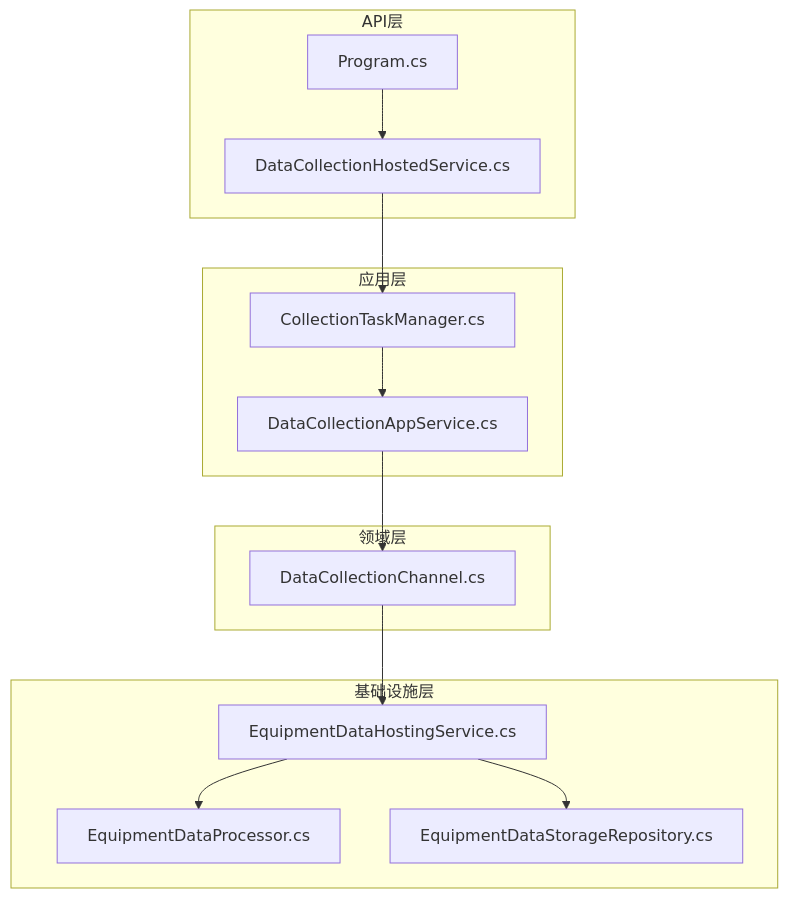
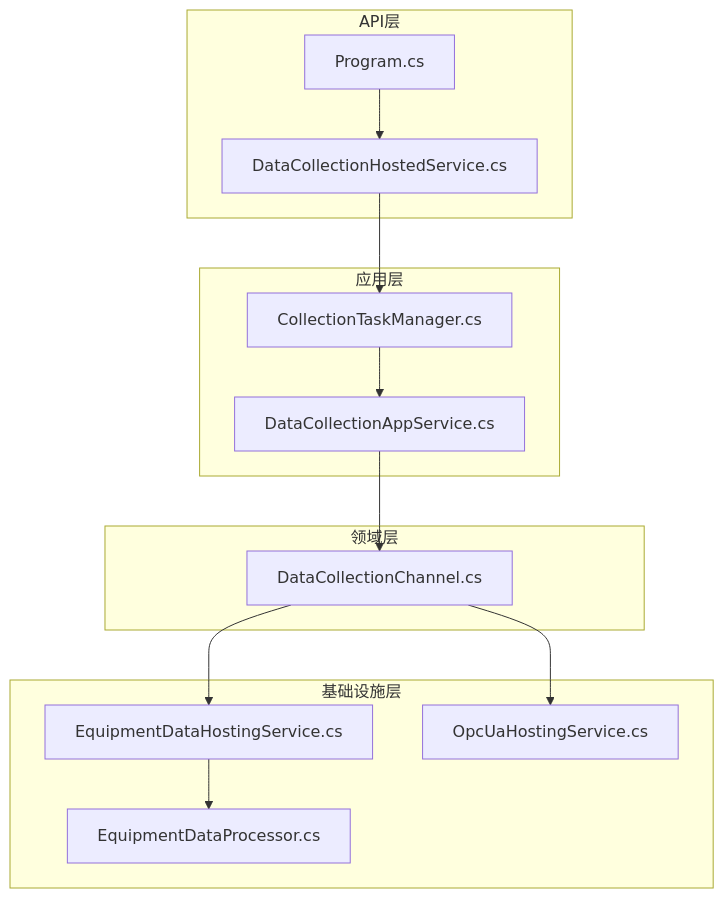
One commit to whitemousetl/IndustrialDataSolution changed the first of 9 diagrams in .qoder/repowiki/zh/content/数据采集系统/后台服务实现.md. Above: the diagram before and after it, drawn with Mermaid. The commit also changed other lines of this file and 18 other files, not shown here.

````diff
--- a/.qoder/repowiki/zh/content/数据采集系统/后台服务实现.md
+++ b/.qoder/repowiki/zh/content/数据采集系统/后台服务实现.md
@@ -39,26 +46,26 @@
 ```mermaid
 graph TB
 subgraph "API层"
 API_Program[Program.cs]
 API_Background[DataCollectionHostedService.cs]
 end
 subgraph "应用层"
 App_Service[DataCollectionAppService.cs]
 App_Manager[CollectionTaskManager.cs]
 end
 subgraph "基础设施层"
 Infra_Host[EquipmentDataHostingService.cs]
+Infra_OpcUa[OpcUaHostingService.cs]
 Infra_Processor[EquipmentDataProcessor.cs]
-Infra_Storage[EquipmentDataStorageRepository.cs]
 end
 subgraph "领域层"
 Domain_Channel[DataCollectionChannel.cs]
 end
 API_Program --> API_Background
 API_Background --> App_Manager
 App_Manager --> App_Service
 App_Service --> Domain_Channel
 Domain_Channel --> Infra_Host
-Infra_Host --> Infra_Storage
+Domain_Channel --> Infra_OpcUa
 Infra_Host --> Infra_Processor
 ```
````
